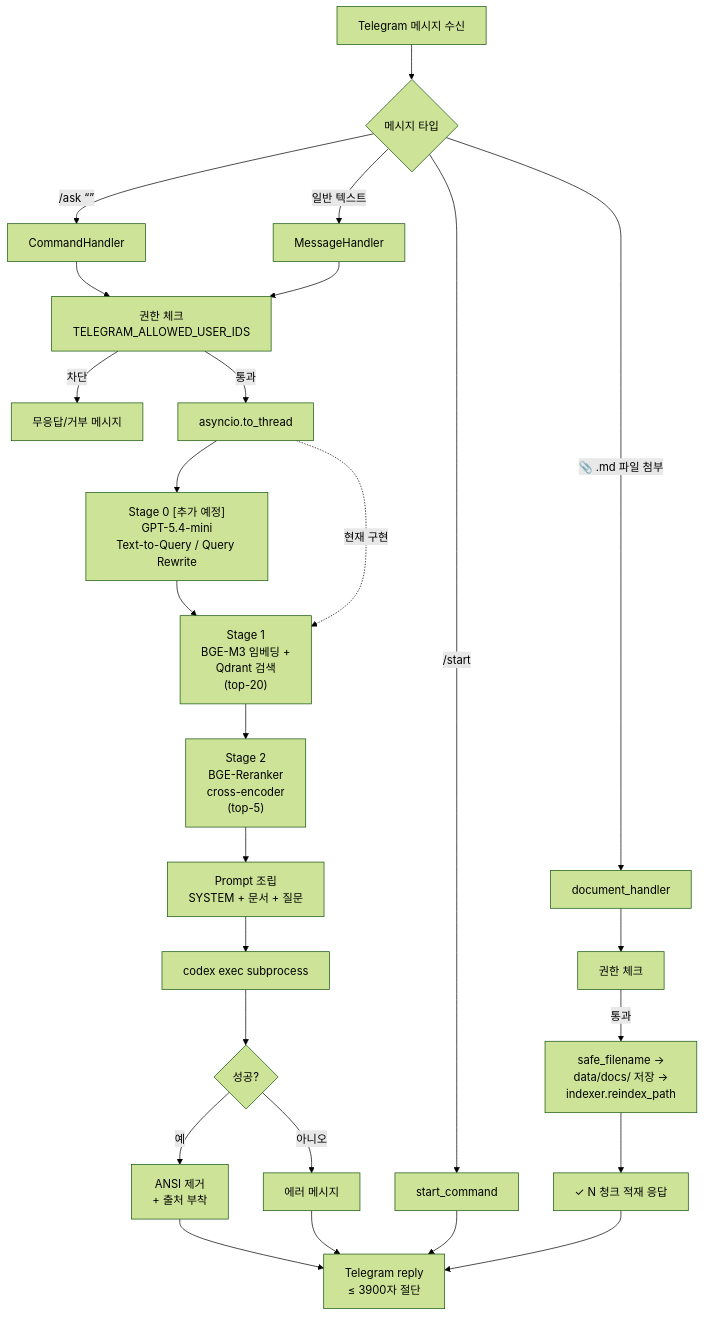
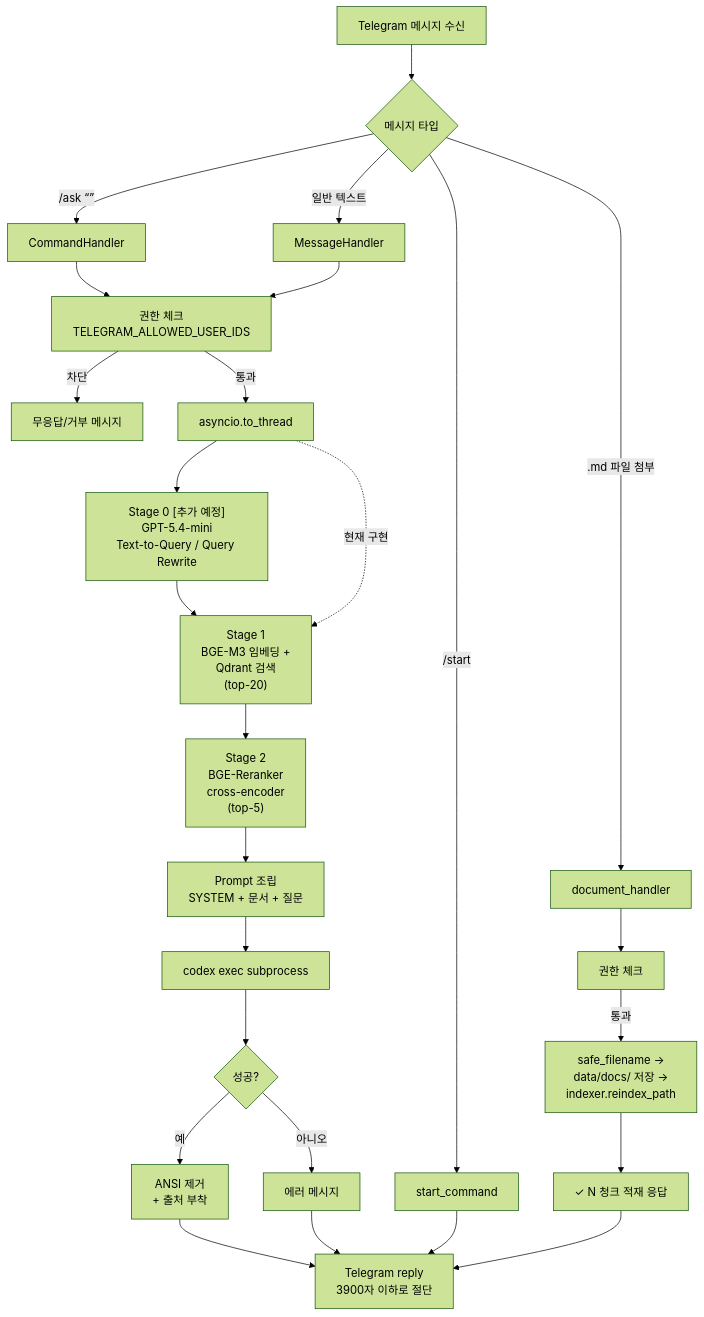
One commit to kyuminMoon/telegram-langchain-docs changed the fourth of 4 diagrams in docs/ARCHITECTURE.md. Above: the diagram before and after it, drawn with Mermaid (forest theme). The commit also changed other lines of this file, not shown here.

Commit message:
fix: mermaid 깨지는 이슈 수정

````diff
--- a/docs/ARCHITECTURE.md
+++ b/docs/ARCHITECTURE.md
@@ -160,30 +160,30 @@
 ```mermaid
 flowchart TD
     A[Telegram 메시지 수신] --> B{메시지 타입}
     B -->|"/ask <Q>"| C[CommandHandler]
     B -->|일반 텍스트| D[MessageHandler]
     B -->|"/start"| S[start_command]
-    B -->|"📎 .md 파일 첨부"| DOC[document_handler]
+    B -->|".md 파일 첨부"| DOC[document_handler]
 
-    C --> E[권한 체크<br/>TELEGRAM_ALLOWED_USER_IDS]
+    C --> E["권한 체크<br>TELEGRAM_ALLOWED_USER_IDS"]
     D --> E
     DOC --> E2[권한 체크]
     E -->|차단| Z[무응답/거부 메시지]
     E -->|통과| F[asyncio.to_thread]
-    E2 -->|통과| DL["safe_filename →<br/>data/docs/ 저장 →<br/>indexer.reindex_path"]
+    E2 -->|통과| DL["safe_filename →<br>data/docs/ 저장 →<br>indexer.reindex_path"]
 
-    F --> G0["Stage 0 [추가 예정]<br/>GPT-5.4-mini<br/>Text-to-Query / Query Rewrite"]
-    G0 --> G1["Stage 1<br/>BGE-M3 임베딩 +<br/>Qdrant 검색<br/>(top-20)"]
-    F -.현재 구현.-> G1
-    G1 --> G2["Stage 2<br/>BGE-Reranker<br/>cross-encoder<br/>(top-5)"]
-    G2 --> H[Prompt 조립<br/>SYSTEM + 문서 + 질문]
+    F --> G0["Stage 0 [추가 예정]<br>GPT-5.4-mini<br>Text-to-Query / Query Rewrite"]
+    G0 --> G1["Stage 1<br>BGE-M3 임베딩 +<br>Qdrant 검색<br>(top-20)"]
+    F -.->|"현재 구현"| G1
+    G1 --> G2["Stage 2<br>BGE-Reranker<br>cross-encoder<br>(top-5)"]
+    G2 --> H["Prompt 조립<br>SYSTEM + 문서 + 질문"]
     H --> I[codex exec subprocess]
     I --> J{성공?}
-    J -->|예| K[ANSI 제거<br/>+ 출처 부착]
+    J -->|예| K["ANSI 제거<br>+ 출처 부착"]
     J -->|아니오| L[에러 메시지]
-    K --> M[Telegram reply<br/>≤ 3900자 절단]
+    K --> M["Telegram reply<br>3900자 이하로 절단"]
     L --> M
     S --> M
     DL --> RC["✓ N 청크 적재 응답"]
     RC --> M
 ```
````
